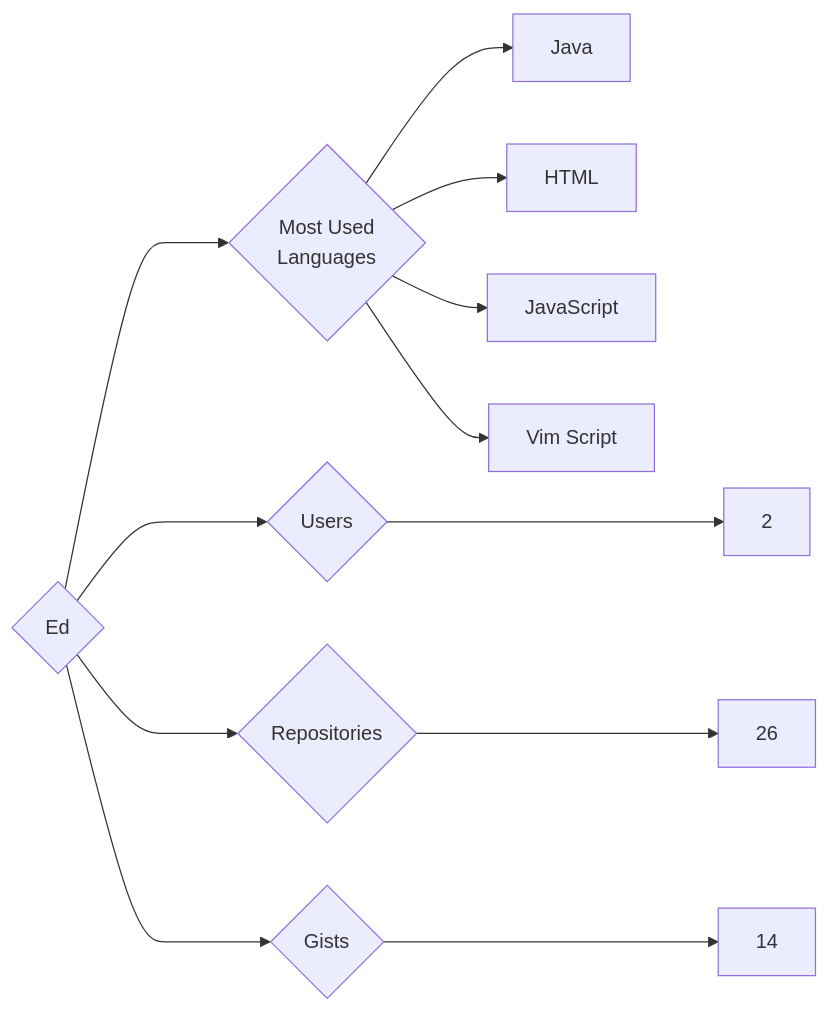
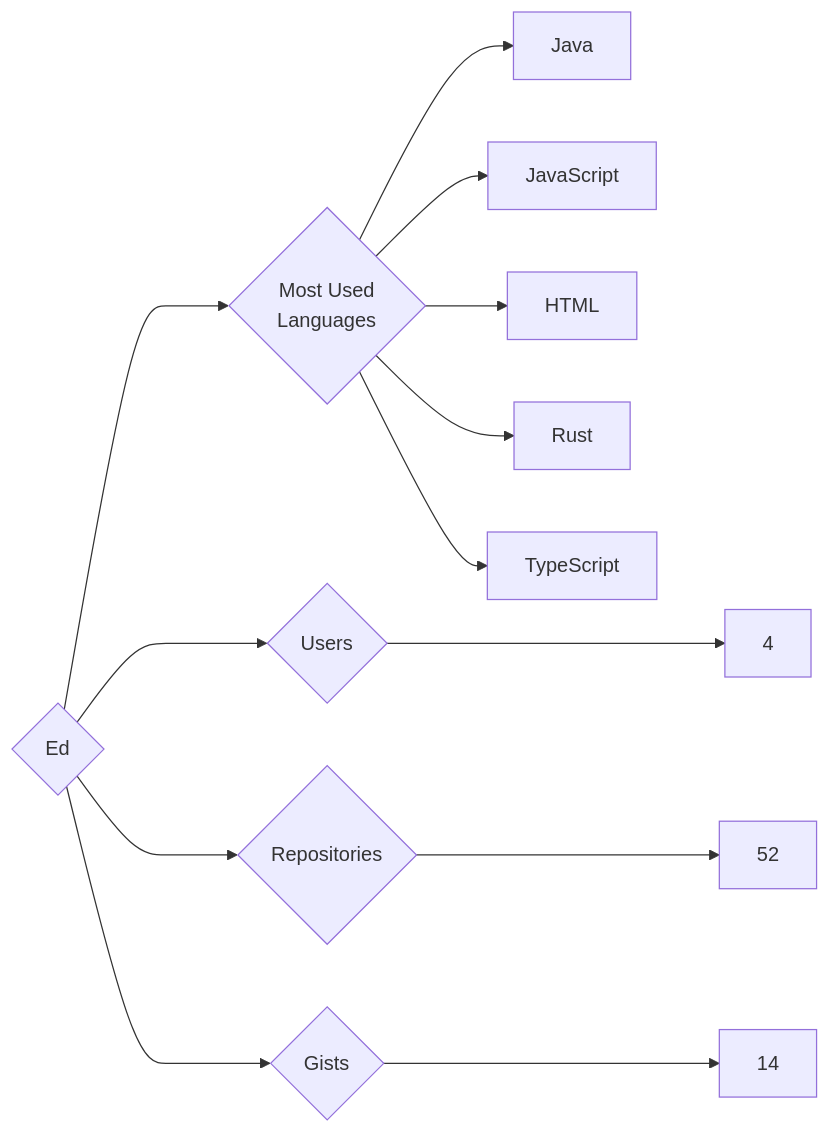
One commit to trickest/insiders changed the diagram in targets/Ed/README.md. Above: the diagram before and after it, drawn with Mermaid. The commit also changed 723 other files, not shown here.

````diff
--- a/targets/Ed/README.md
+++ b/targets/Ed/README.md
@@ -3,12 +3,13 @@
 ```mermaid
 graph LR
 COMPANY_NAME{Ed}
-COMPANY_NAME ---> U{Users} ---> UN[2]
-COMPANY_NAME ---> R{Repositories} ---> RN[26]
+COMPANY_NAME ---> U{Users} ---> UN[4]
+COMPANY_NAME ---> R{Repositories} ---> RN[52]
 COMPANY_NAME ---> G{Gists} ---> GN[14]
 COMPANY_NAME ---> ML{Most Used<br>Languages}
 ML --> Java[Java]
+ML --> JavaScript[JavaScript]
 ML --> HTML[HTML]
-ML --> JavaScript[JavaScript]
-ML --> Vim_Script[Vim Script]
+ML --> Rust[Rust]
+ML --> TypeScript[TypeScript]
 ```
````
